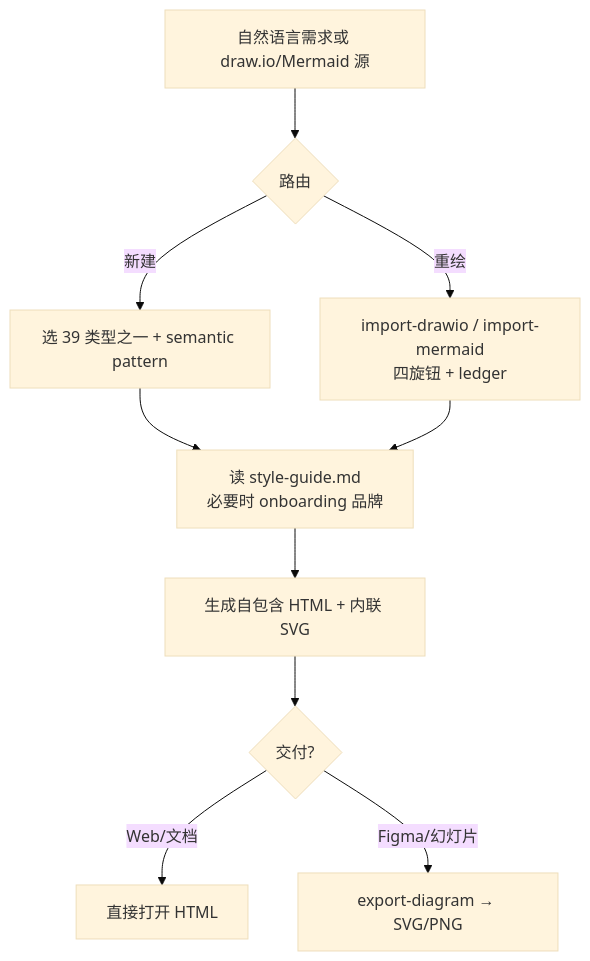
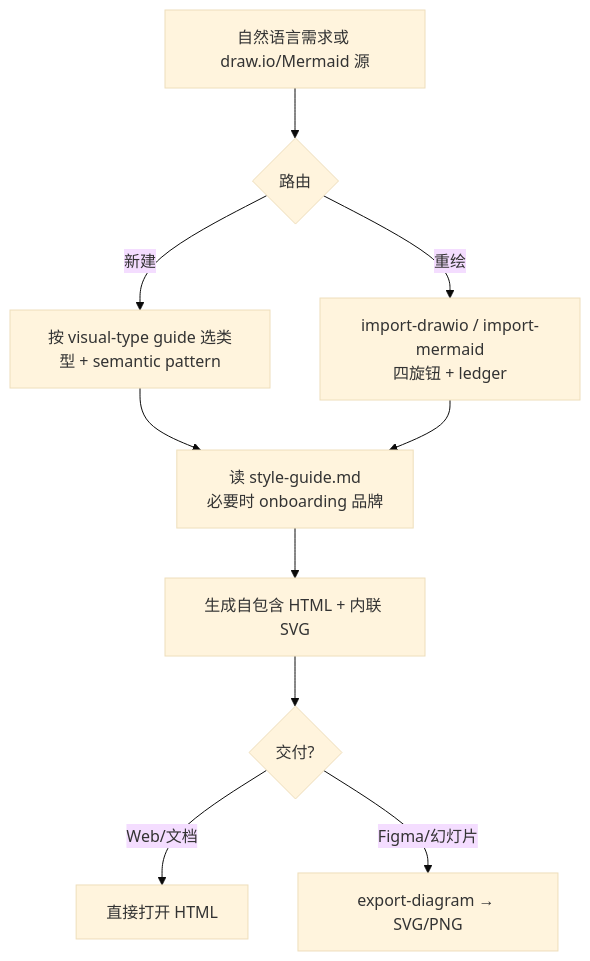
The first of 2 diagrams in wiki/entities/diagram-design.md (ImChong/Robotics_Notebooks), drawn with Mermaid (base theme) before and after one commit. The commit also changed other lines of this file, not shown here.

Commit message:
docs: refresh Diagram Design project node

````diff
--- a/wiki/entities/diagram-design.md
+++ b/wiki/entities/diagram-design.md
@@ -76,12 +83,12 @@
 ```mermaid
 flowchart TD
   A[自然语言需求或 draw.io/Mermaid 源] --> B{路由}
-  B -->|新建| C[选 39 类型之一 + semantic pattern]
+  B -->|新建| C[按 visual-type guide 选类型 + semantic pattern]
   B -->|重绘| D[import-drawio / import-mermaid\n四旋钮 + ledger]
   C --> E[读 style-guide.md\n必要时 onboarding 品牌]
   D --> E
   E --> F[生成自包含 HTML + 内联 SVG]
   F --> G{交付?}
   G -->|Web/文档| H[直接打开 HTML]
   G -->|Figma/幻灯片| I[export-diagram → SVG/PNG]
 ```
````
